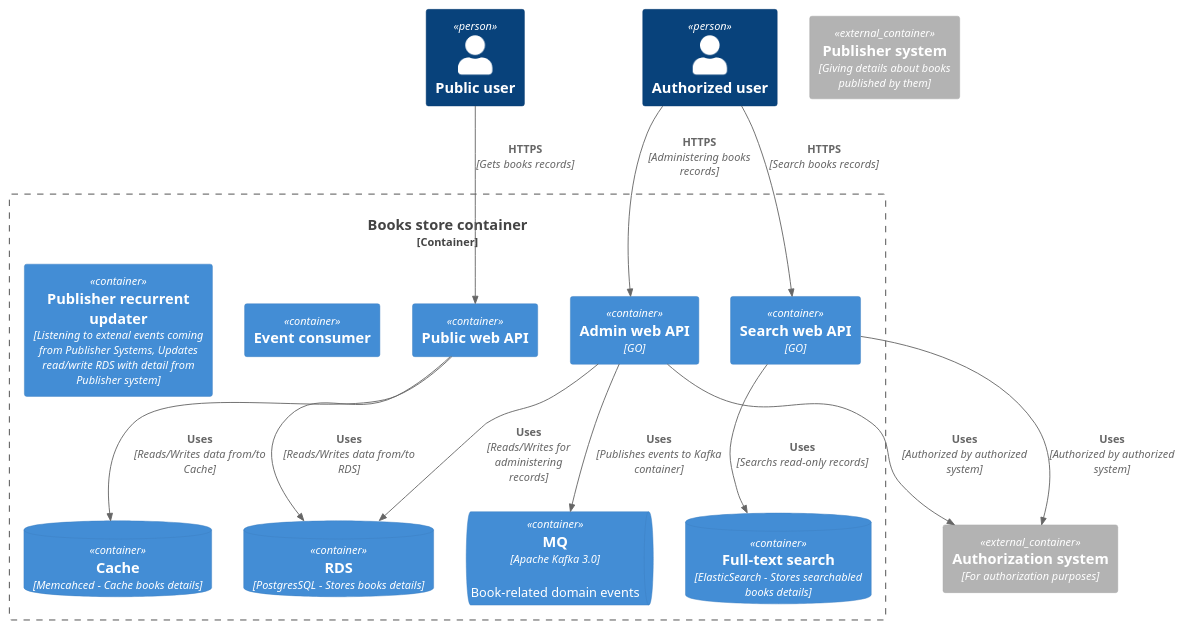
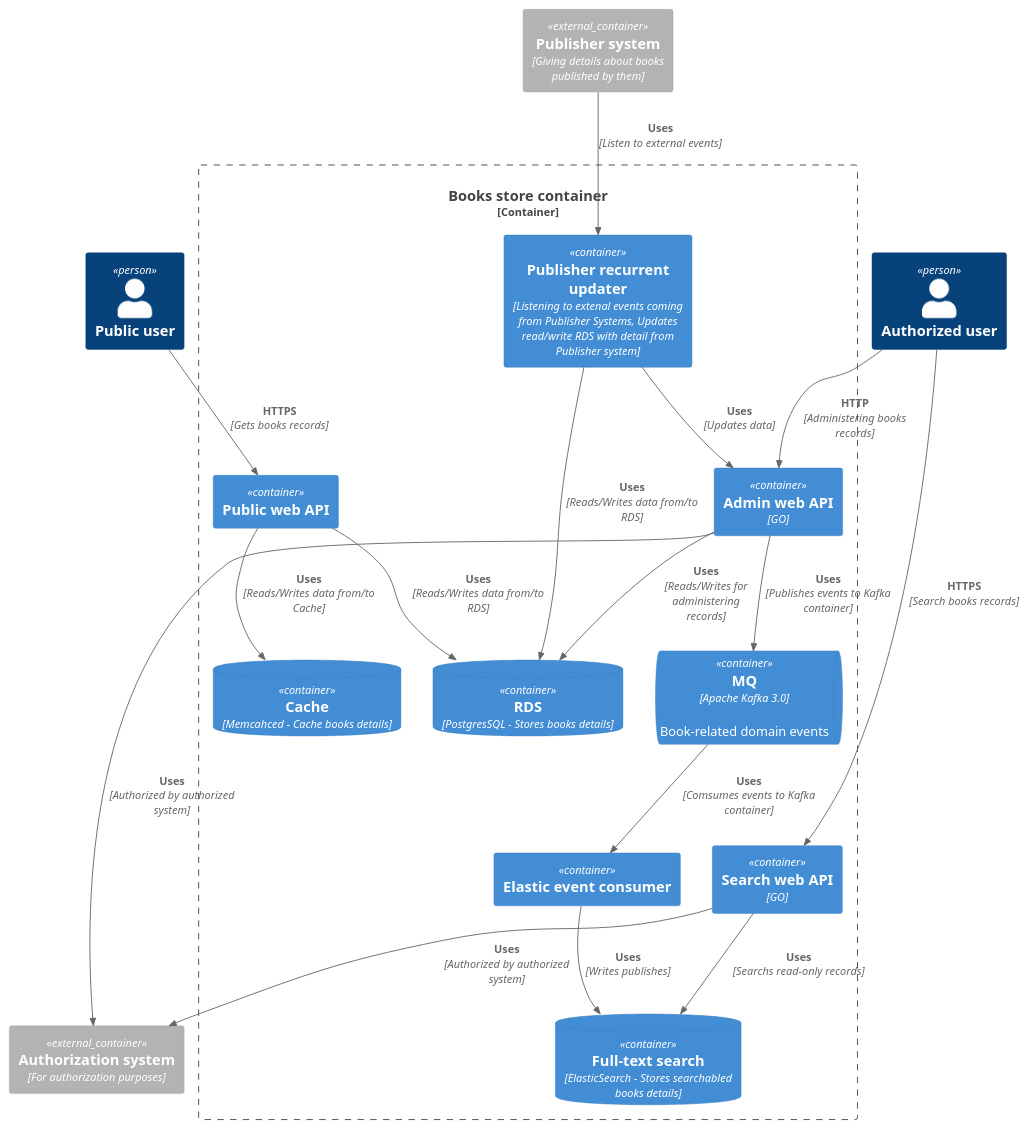
The diagram in c4-models/src/diagrams/L2_Container.puml (sonck201/nt-training), drawn with PlantUML before and after one commit.

Commit message:
Update L2_Container

```diff
--- a/c4-models/src/diagrams/L2_Container.puml
+++ b/c4-models/src/diagrams/L2_Container.puml
@@ -1,40 +1,48 @@
 @startuml C4_L1_BooksStore
 !include https://raw.githubusercontent.com/plantuml-stdlib/C4-PlantUML/master/C4_Container.puml
 
 Person(annonymous, "Public user")
 Person(user, "Authorized user")
 
 Container_Boundary(booksStore, "Books store container") {
   Container(searchWebApi, "Search web API", "GO")
   Container(adminWebApi, "Admin web API", "GO")
   Container(publicWebApi, "Public web API")
-  
+
   ContainerQueue(kafka, "MQ", "Apache Kafka 3.0", "Book-related domain events")
-  Container(eventConsumer, "Event consumer")
+
+  Container(elasticEventConsumer, "Elastic event consumer")
 
   ContainerDb(elasticSearch, "Full-text search", "ElasticSearch - Stores searchabled books details")
-  
+
   ContainerDb(postgres, "RDS", "PostgresSQL - Stores books details")
-  
+
   ContainerDb(memcached, "Cache", "Memcahced - Cache books details")
 
   Container(publisherRecurrentUpdater, "Publisher recurrent updater", "Listening to extenal events coming from Publisher Systems, Updates read/write RDS with detail from Publisher system")
 }
 
 Container_Ext(authorization, "Authorization system", "For authorization purposes")
 Container_Ext(publisher, "Publisher system", "Giving details about books published by them")
 
 Rel(user, searchWebApi, "HTTPS", "Search books records")
 Rel(searchWebApi, authorization, "Uses", "Authorized by authorized system")
 Rel(searchWebApi, elasticSearch, "Uses", "Searchs read-only records")
 
-Rel(user, adminWebApi, "HTTPS", "Administering books records")
+Rel(user, adminWebApi, "HTTP", "Administering books records")
 Rel(adminWebApi, authorization, "Uses", "Authorized by authorized system")
 Rel(adminWebApi, postgres, "Uses", "Reads/Writes for administering records")
 Rel(adminWebApi, kafka, "Uses", "Publishes events to Kafka container")
+
+Rel(kafka, elasticEventConsumer, "Uses", "Comsumes events to Kafka container")
+Rel(elasticEventConsumer, elasticSearch, "Uses", "Writes publishes")
 
 Rel(annonymous, publicWebApi, "HTTPS", "Gets books records")
 Rel(publicWebApi, postgres, "Uses", "Reads/Writes data from/to RDS")
 Rel(publicWebApi, memcached, "Uses", "Reads/Writes data from/to Cache")
 
+Rel(publisher, publisherRecurrentUpdater, "Uses", "Listen to external events")
+Rel(publisherRecurrentUpdater, postgres, "Uses", "Reads/Writes data from/to RDS")
+Rel(publisherRecurrentUpdater, adminWebApi, "Uses", "Updates data")
+
 @enduml
```
